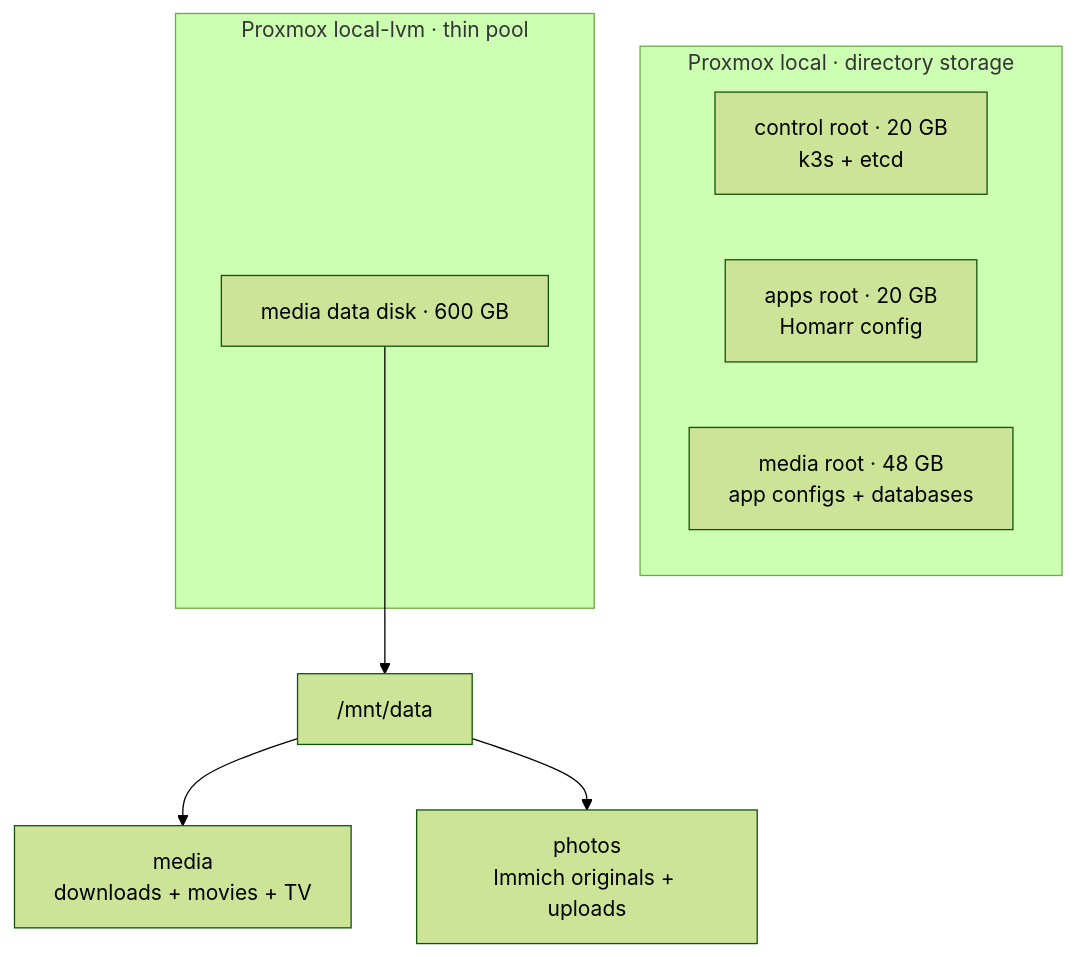
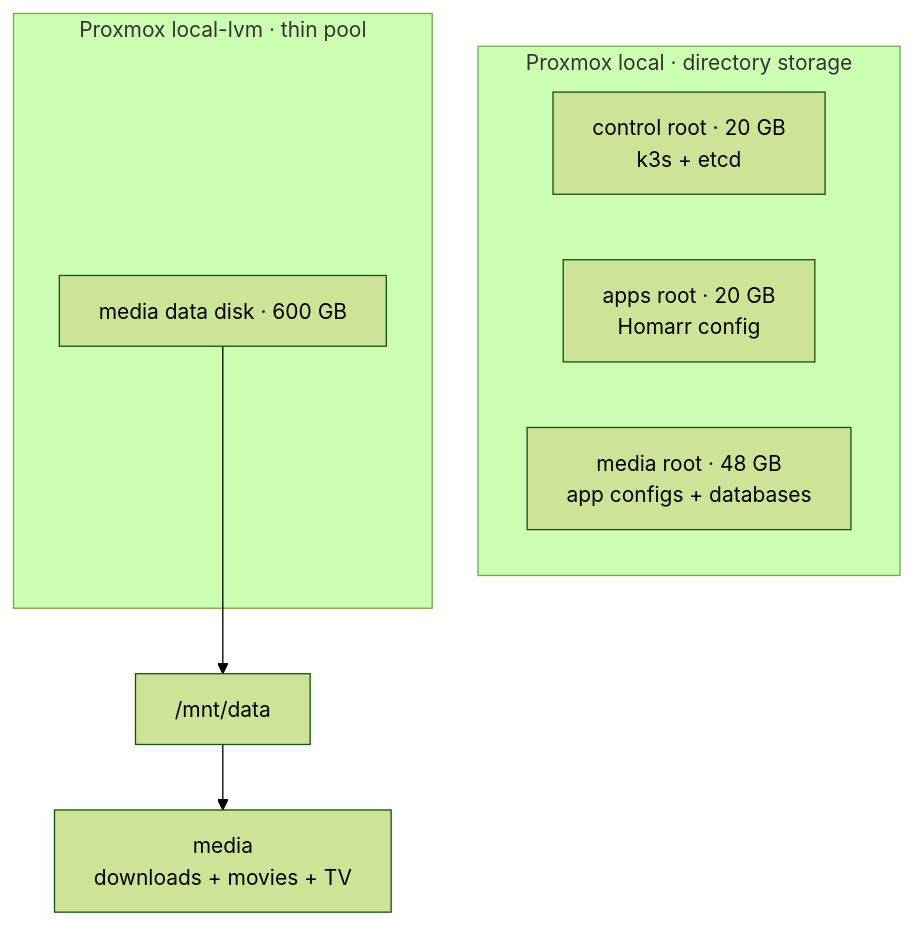
Before and after one commit to chevlpcmp-lab/HomeFalloutServer: the first of 2 diagrams in docs/storage.md, drawn with Mermaid (forest theme). The commit also changed other lines of this file and 24 other files, not shown here.

````diff
--- a/docs/storage.md
+++ b/docs/storage.md
@@ -16,16 +16,15 @@
 ```mermaid
 flowchart TB
     subgraph Local["Proxmox local · directory storage"]
         CP["control root · 20 GB<br/>k3s + etcd"]
         Apps["apps root · 20 GB<br/>Homarr config"]
         MediaRoot["media root · 48 GB<br/>app configs + databases"]
     end
 
     subgraph LVM["Proxmox local-lvm · thin pool"]
         Data["media data disk · 600 GB"]
     end
 
     Data --> Mount["/mnt/data"]
     Mount --> Media["media<br/>downloads + movies + TV"]
-    Mount --> Photos["photos<br/>Immich originals + uploads"]
 ```
````
